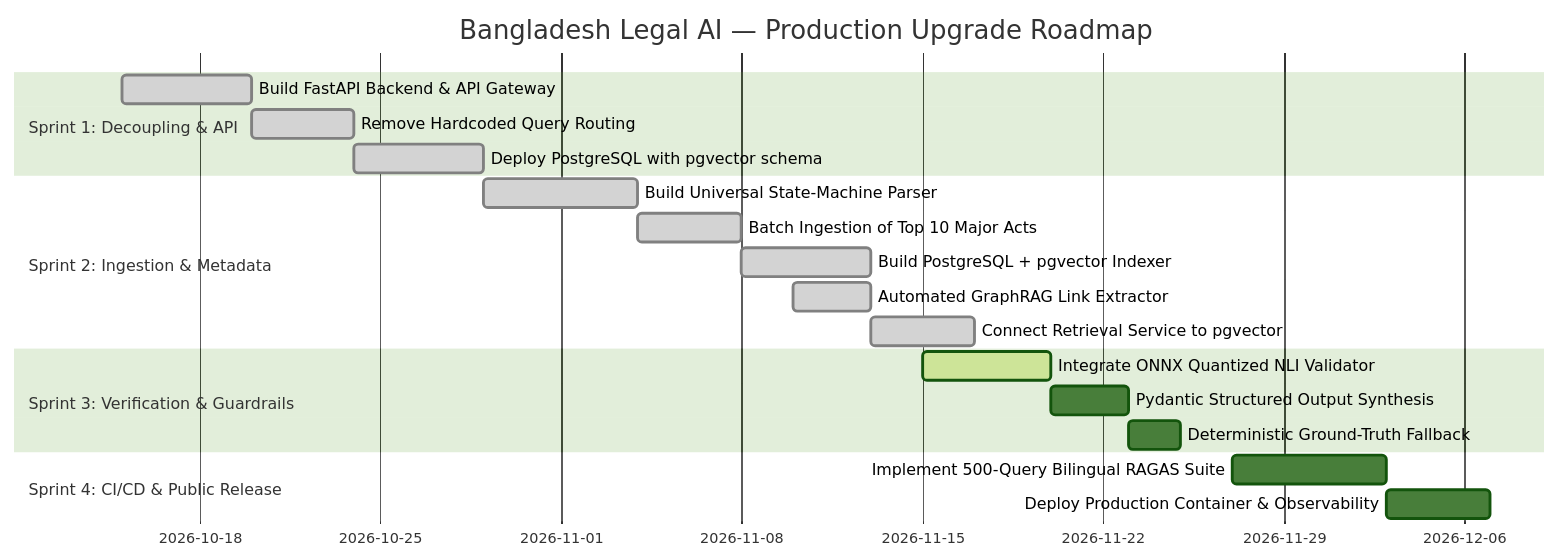
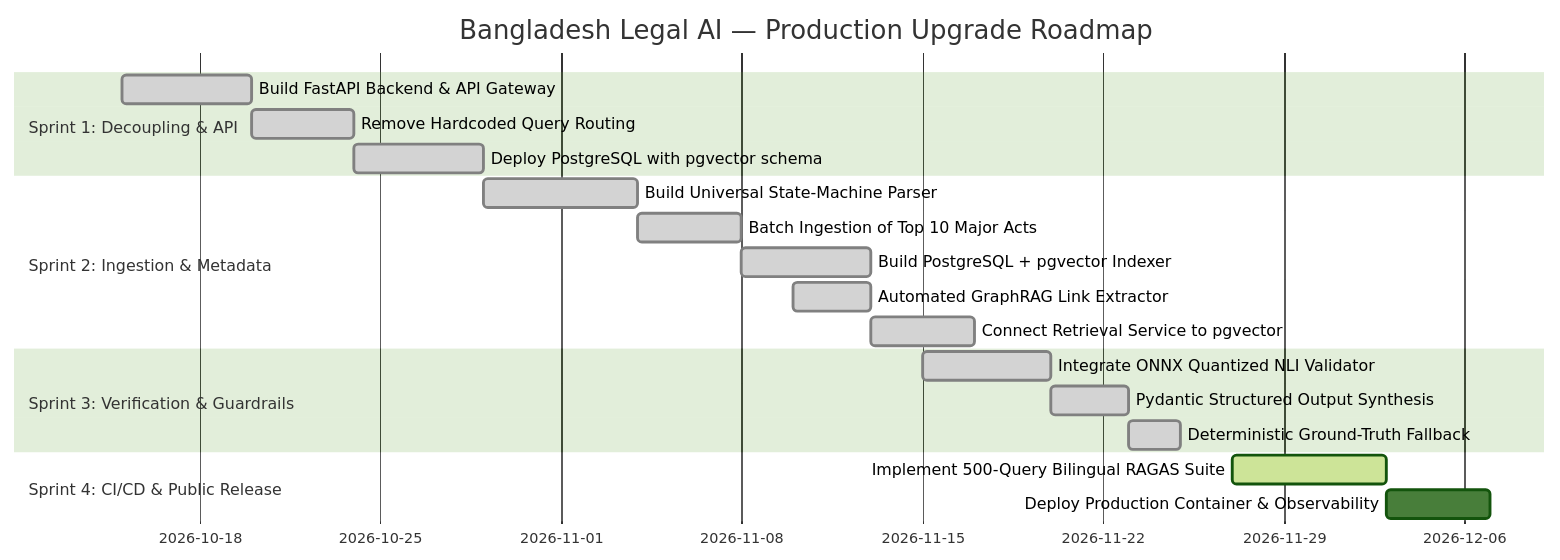
One commit to bringerofdarkness/bd-legal-ai changed the third of 3 diagrams in docs/PRODUCTION_ARCHITECTURE_AND_ROADMAP.md. Above: the diagram before and after it, drawn with Mermaid (forest theme). The commit also changed other lines of this file and 8 other files, not shown here.

Commit message:
feat(guardrails): implement DeBERTa-v3 NLI entailment validator and deterministic ground-truth fallback (Sprint 3)

````diff
--- a/docs/PRODUCTION_ARCHITECTURE_AND_ROADMAP.md
+++ b/docs/PRODUCTION_ARCHITECTURE_AND_ROADMAP.md
@@ -394,22 +394,22 @@
 ```mermaid
 gantt
     title Bangladesh Legal AI — Production Upgrade Roadmap
     dateFormat  YYYY-MM-DD
     section Sprint 1: Decoupling & API
     Build FastAPI Backend & API Gateway       :done, s1_1, 2026-10-15, 5d
     Remove Hardcoded Query Routing            :done, s1_2, 2026-10-20, 4d
     Deploy PostgreSQL with pgvector schema    :done, s1_3, 2026-10-24, 5d
     section Sprint 2: Ingestion & Metadata
     Build Universal State-Machine Parser      :done, s2_1, 2026-10-29, 6d
     Batch Ingestion of Top 10 Major Acts      :done, s2_2, 2026-11-04, 4d
     Build PostgreSQL + pgvector Indexer       :done, s2_3, 2026-11-08, 5d
     Automated GraphRAG Link Extractor         :done, s2_4, 2026-11-10, 3d
     Connect Retrieval Service to pgvector     :done, s2_5, 2026-11-13, 4d
     section Sprint 3: Verification & Guardrails
-    Integrate ONNX Quantized NLI Validator    :active, s3_1, 2026-11-15, 5d
-    Pydantic Structured Output Synthesis      :s3_2, 2026-11-20, 3d
-    Deterministic Ground-Truth Fallback       :s3_3, 2026-11-23, 2d
+    Integrate ONNX Quantized NLI Validator    :done, s3_1, 2026-11-15, 5d
+    Pydantic Structured Output Synthesis      :done, s3_2, 2026-11-20, 3d
+    Deterministic Ground-Truth Fallback       :done, s3_3, 2026-11-23, 2d
     section Sprint 4: CI/CD & Public Release
-    Implement 500-Query Bilingual RAGAS Suite :s4_1, 2026-11-27, 6d
+    Implement 500-Query Bilingual RAGAS Suite :active, s4_1, 2026-11-27, 6d
     Deploy Production Container & Observability:s4_2, 2026-12-03, 4d
 ```
````
